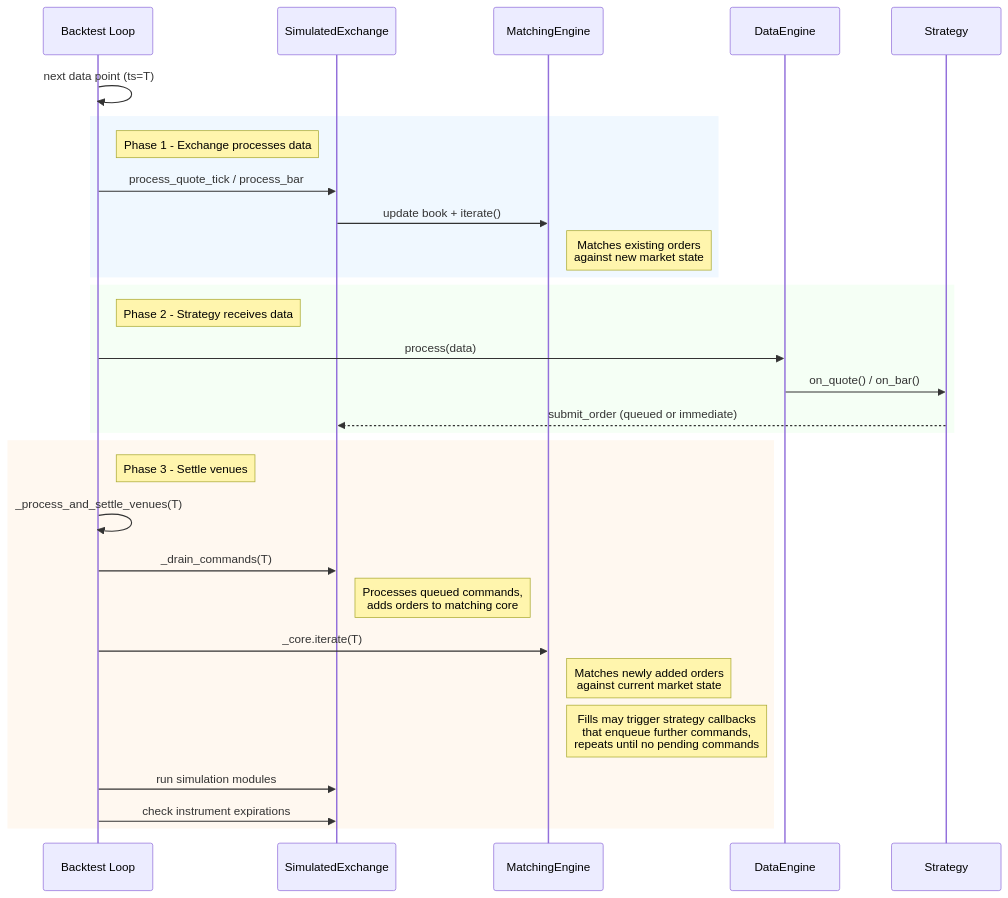
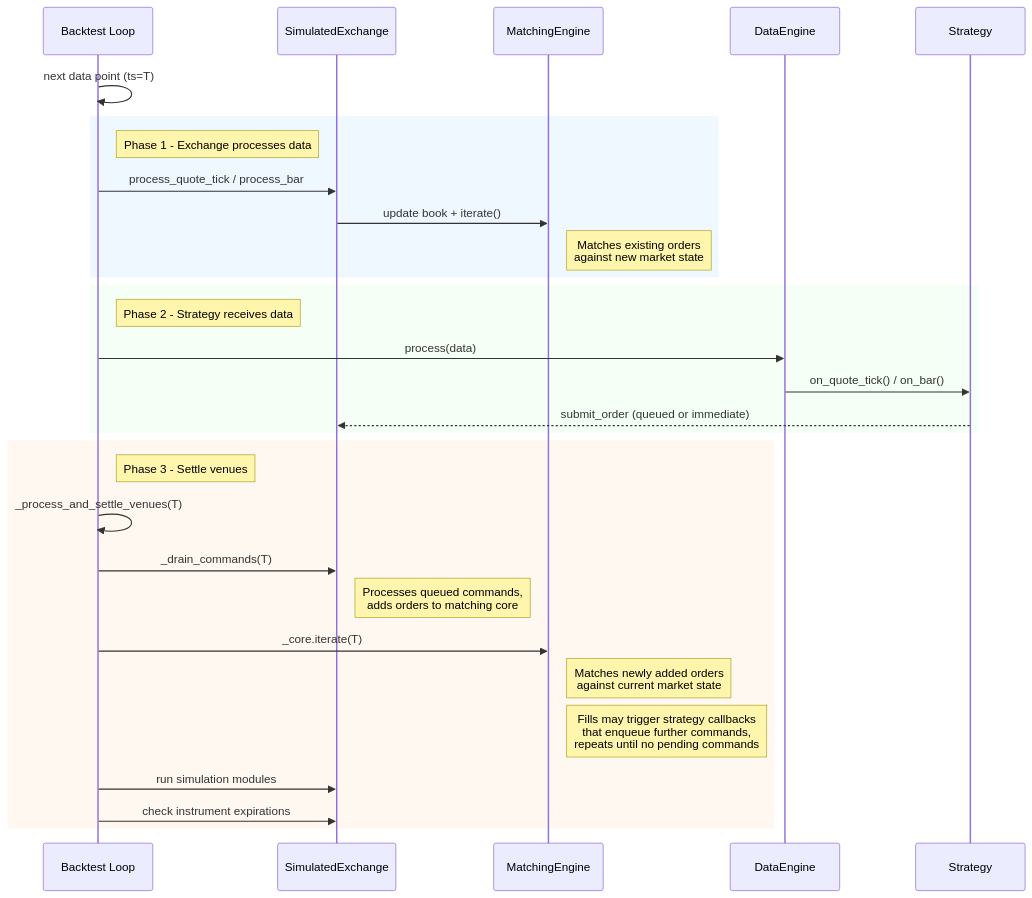
Before and after one commit to sbOogway/nautilus_trader: the diagram in docs/concepts/backtesting/execution-flow.md, drawn with Mermaid. The commit also changed other lines of this file and 3160 other files, not shown here.

````diff
--- a/docs/concepts/backtesting/execution-flow.md
+++ b/docs/concepts/backtesting/execution-flow.md
@@ -26,36 +23,36 @@
 ```mermaid
 sequenceDiagram
     participant BL as Backtest Loop
     participant Exch as SimulatedExchange
     participant ME as MatchingEngine
     participant DE as DataEngine
     participant Stgy as Strategy
 
     BL->>BL: next data point (ts=T)
 
     rect rgb(240, 248, 255)
     note right of BL: Phase 1 - Exchange processes data
     BL->>Exch: process_quote_tick / process_bar
     Exch->>ME: update book + iterate()
     note right of ME: Matches existing orders<br/>against new market state
     end
 
     rect rgb(245, 255, 245)
     note right of BL: Phase 2 - Strategy receives data
     BL->>DE: process(data)
-    DE->>Stgy: on_quote() / on_bar()
+    DE->>Stgy: on_quote_tick() / on_bar()
     Stgy-->>Exch: submit_order (queued or immediate)
     end
 
     rect rgb(255, 248, 240)
     note right of BL: Phase 3 - Settle venues
     BL->>BL: _process_and_settle_venues(T)
     BL->>Exch: _drain_commands(T)
     note right of Exch: Processes queued commands,<br/>adds orders to matching core
     BL->>ME: _core.iterate(T)
     note right of ME: Matches newly added orders<br/>against current market state
     note right of ME: Fills may trigger strategy callbacks<br/>that enqueue further commands,<br/>repeats until no pending commands
     BL->>Exch: run simulation modules
     BL->>Exch: check instrument expirations
     end
 ```
````
